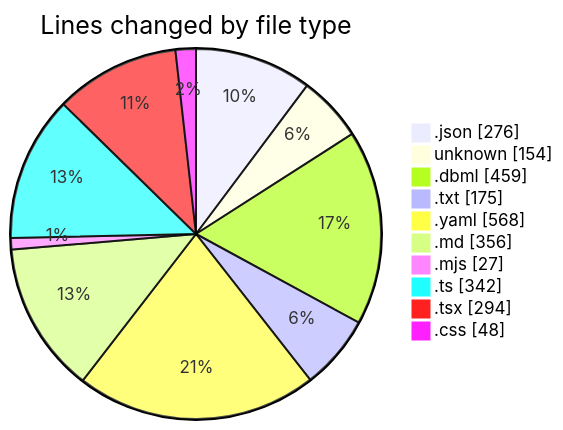
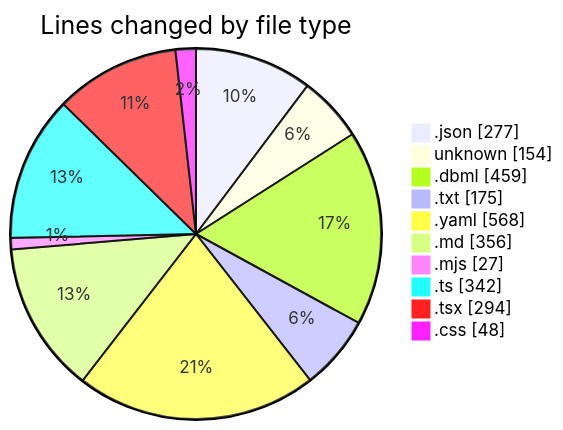
The first of 2 diagrams in 2025-10-02/oura-api/README.md (mevix1/code-tracking), drawn with Mermaid before and after one commit. The commit also changed other lines of this file and 1 other file, not shown here.

````diff
--- a/2025-10-02/oura-api/README.md
+++ b/2025-10-02/oura-api/README.md
@@ -51,14 +51,14 @@
 ```mermaid
 pie showData
 title Lines changed by file type
-".json" : 276
+".json" : 277
 "unknown" : 154
 ".dbml" : 459
 ".txt" : 175
 ".yaml" : 568
 ".md" : 356
 ".mjs" : 27
 ".ts" : 342
 ".tsx" : 294
 ".css" : 48
 ```
````
